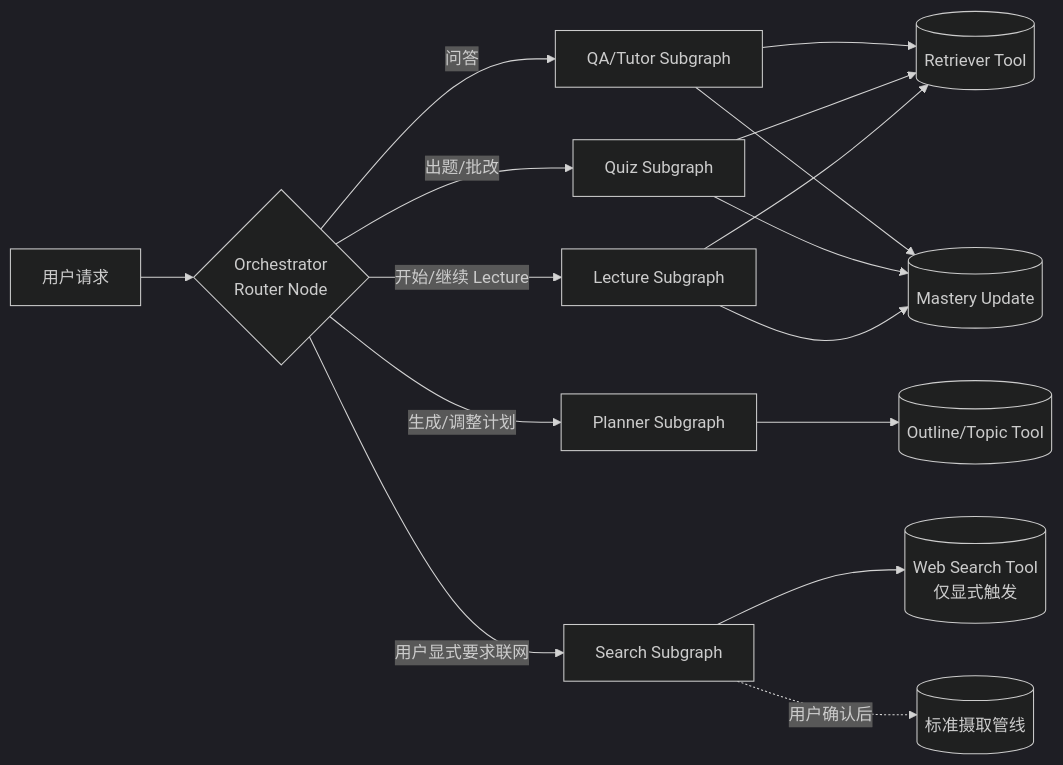
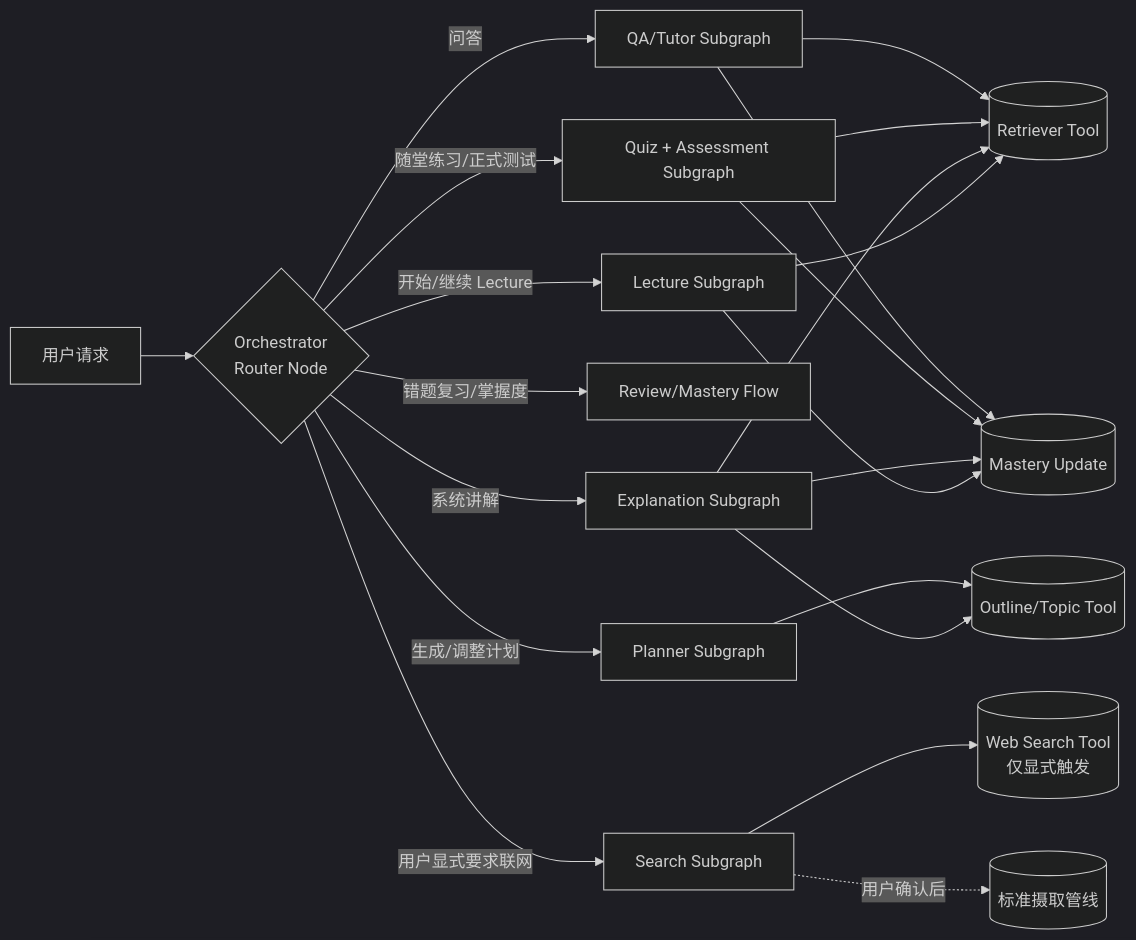
One commit to Shengyuan-Liu/teacher-agent changed the diagram in docs/06-agent-design.md. Above: the diagram before and after it, drawn with Mermaid (dark theme). The commit also changed other lines of this file and 32 other files, not shown here.

````diff
--- a/docs/06-agent-design.md
+++ b/docs/06-agent-design.md
@@ -12,21 +12,26 @@
 ```mermaid
 flowchart LR
     User[用户请求] --> Router{Orchestrator\nRouter Node}
     Router -->|问答| QAGraph[QA/Tutor Subgraph]
     Router -->|生成/调整计划| PlanGraph[Planner Subgraph]
-    Router -->|出题/批改| QuizGraph[Quiz Subgraph]
+    Router -->|随堂练习/正式测试| QuizGraph[Quiz + Assessment Subgraph]
+    Router -->|错题复习/掌握度| MasteryFlow[Review/Mastery Flow]
+    Router -->|系统讲解| ExplainGraph[Explanation Subgraph]
     Router -->|开始/继续 Lecture| LectureGraph[Lecture Subgraph]
     Router -->|用户显式要求联网| SearchGraph[Search Subgraph]
 
     SearchGraph --> WebTool[(Web Search Tool\n仅显式触发)]
     SearchGraph -.->|用户确认后| Ingest[(标准摄取管线)]
 
     QAGraph --> Tools1[(Retriever Tool)]
     QuizGraph --> Tools1
+    ExplainGraph --> Tools1
     LectureGraph --> Tools1
     PlanGraph --> Tools2[(Outline/Topic Tool)]
+    ExplainGraph --> Tools2
 
     QAGraph --> Mastery[(Mastery Update)]
     QuizGraph --> Mastery
+    ExplainGraph --> Mastery
     LectureGraph --> Mastery
 ```
````
